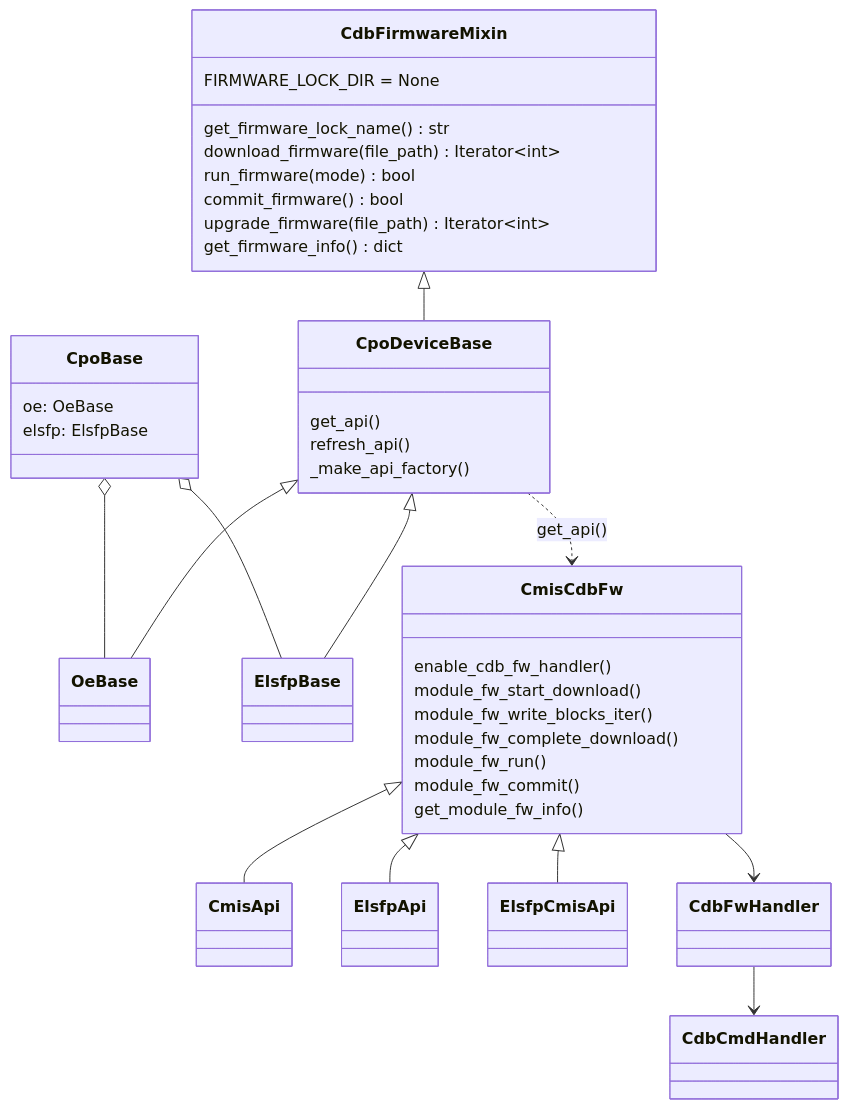
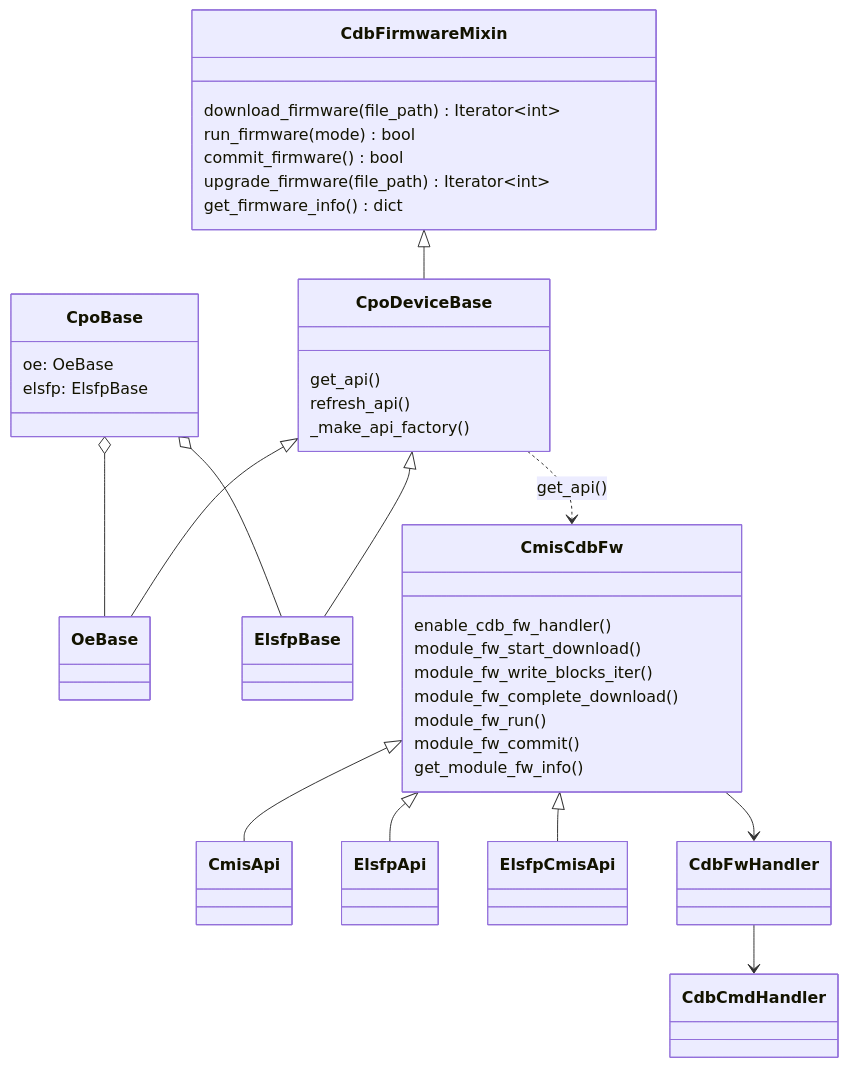
The fifth of 5 diagrams in doc/cpo-util/cpo-util-hld.md (sonic-net/SONiC), drawn with Mermaid before and after one commit. The commit also changed other lines of this file, not shown here.

````diff
--- a/doc/cpo-util/cpo-util-hld.md
+++ b/doc/cpo-util/cpo-util-hld.md
@@ -390,49 +390,47 @@
 ```mermaid
 classDiagram
     class CdbFirmwareMixin {
-        FIRMWARE_LOCK_DIR = None
-        get_firmware_lock_name() str
         download_firmware(file_path) Iterator~int~
         run_firmware(mode) bool
         commit_firmware() bool
         upgrade_firmware(file_path) Iterator~int~
         get_firmware_info() dict
     }
     class CpoDeviceBase {
         get_api()
         refresh_api()
         _make_api_factory()
     }
     class OeBase
     class ElsfpBase
     class CpoBase {
         oe: OeBase
         elsfp: ElsfpBase
     }
     class CmisCdbFw {
         enable_cdb_fw_handler()
         module_fw_start_download()
         module_fw_write_blocks_iter()
         module_fw_complete_download()
         module_fw_run()
         module_fw_commit()
         get_module_fw_info()
     }
     class CmisApi
     class ElsfpApi
     class ElsfpCmisApi
     class CdbFwHandler
     class CdbCmdHandler
 
     CdbFirmwareMixin <|-- CpoDeviceBase
     CpoDeviceBase <|-- OeBase
     CpoDeviceBase <|-- ElsfpBase
     CpoBase o-- OeBase
     CpoBase o-- ElsfpBase
     CmisCdbFw <|-- CmisApi
     CmisCdbFw <|-- ElsfpApi
     CmisCdbFw <|-- ElsfpCmisApi
     CpoDeviceBase ..> CmisCdbFw : get_api()
     CmisCdbFw --> CdbFwHandler
     CdbFwHandler --> CdbCmdHandler
 ```
````
